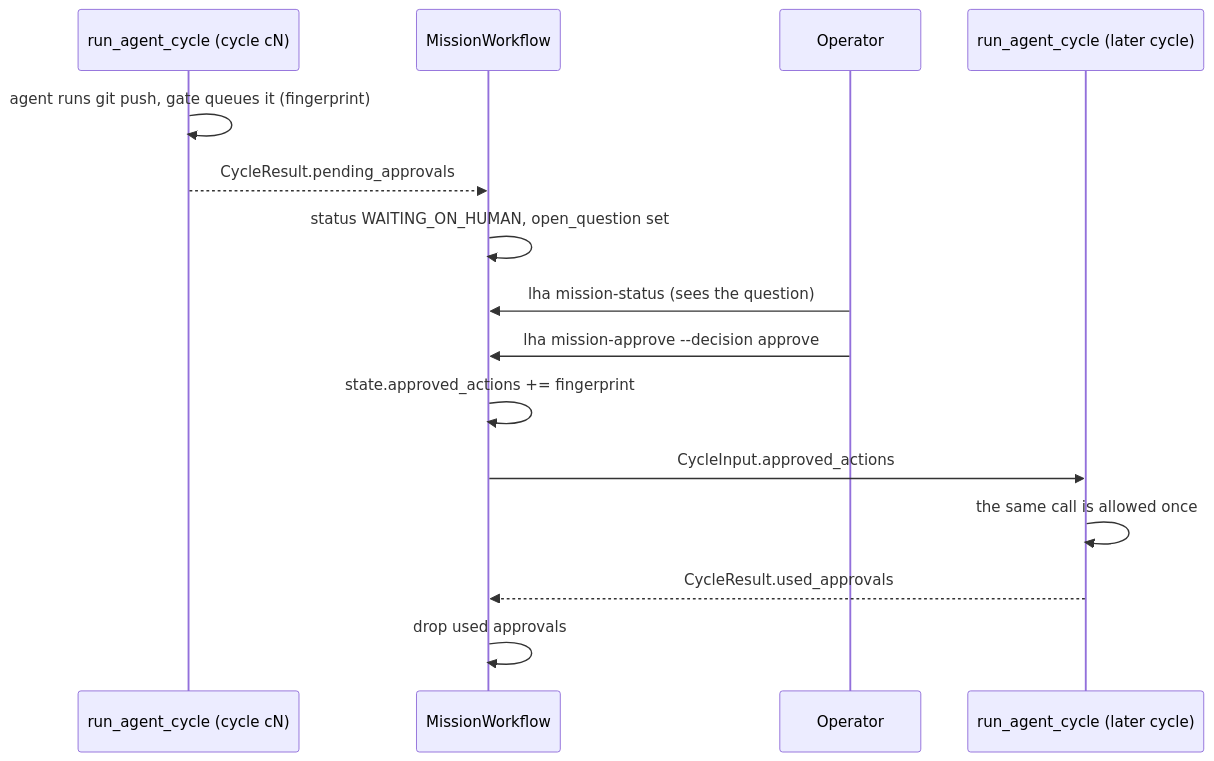
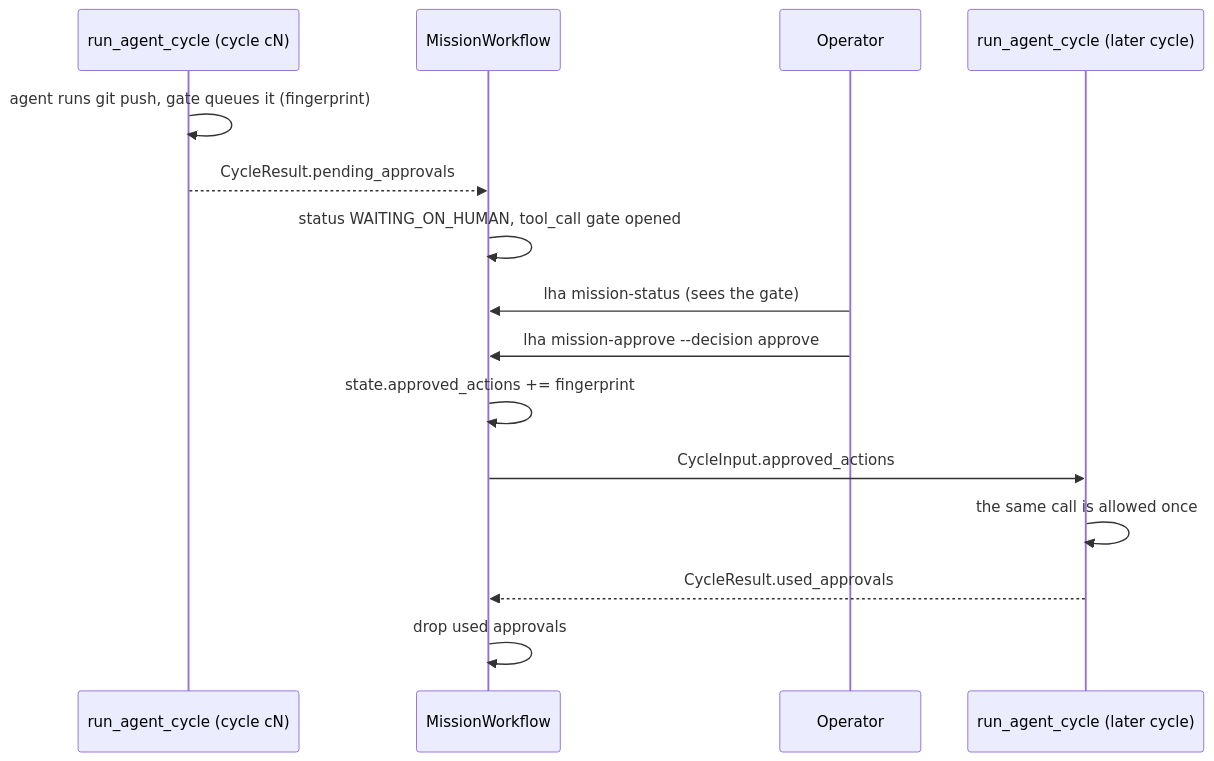
The second of 2 diagrams in docs/08-durable-execution.md (calvinchengx/long-horizon-agent), drawn with Mermaid before and after one commit. The commit also changed other lines of this file and 32 other files, not shown here.

````diff
--- a/docs/08-durable-execution.md
+++ b/docs/08-durable-execution.md
@@ -167,17 +207,17 @@
 ```mermaid
 sequenceDiagram
     participant A as run_agent_cycle (cycle cN)
     participant W as MissionWorkflow
     participant H as Operator
     participant B as run_agent_cycle (later cycle)
     A->>A: agent runs git push, gate queues it (fingerprint)
     A-->>W: CycleResult.pending_approvals
-    W->>W: status WAITING_ON_HUMAN, open_question set
-    H->>W: lha mission-status (sees the question)
+    W->>W: status WAITING_ON_HUMAN, tool_call gate opened
+    H->>W: lha mission-status (sees the gate)
     H->>W: lha mission-approve --decision approve
     W->>W: state.approved_actions += fingerprint
     W->>B: CycleInput.approved_actions
     B->>B: the same call is allowed once
     B-->>W: CycleResult.used_approvals
     W->>W: drop used approvals
 ```
````
